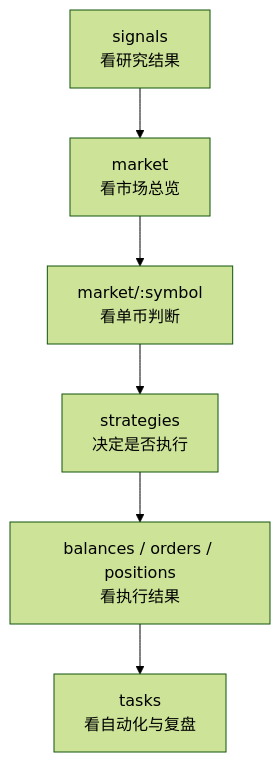
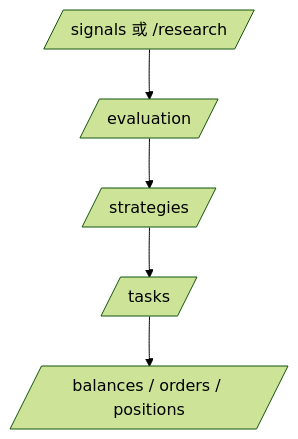
The second of 3 diagrams in docs/system-flow-guide.md (tutouguai1933/Quant), drawn with Mermaid (forest theme) before and after one commit. The commit also changed other lines of this file and 45 other files, not shown here.

````diff
--- a/docs/system-flow-guide.md
+++ b/docs/system-flow-guide.md
@@ -48,8 +38,7 @@
 ```mermaid
 flowchart TD
-    A[signals<br/>看研究结果] --> B[market<br/>看市场总览]
-    B --> C[market/:symbol<br/>看单币判断]
-    C --> D[strategies<br/>决定是否执行]
-    D --> E[balances / orders / positions<br/>看执行结果]
-    E --> F[tasks<br/>看自动化与复盘]
+    A[/signals 或 /research/] --> B[/evaluation/]
+    B --> C[/strategies/]
+    C --> D[/tasks/]
+    D --> E[/balances / orders / positions/]
 ```
````
